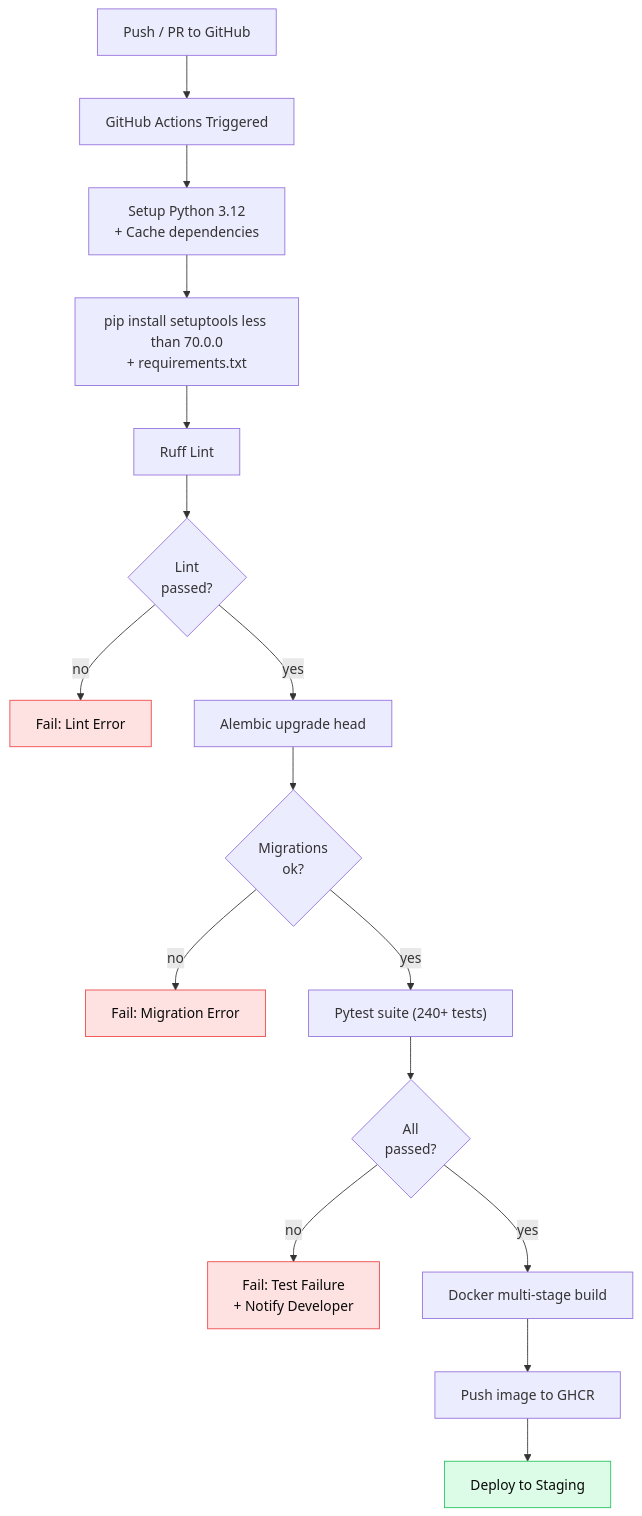
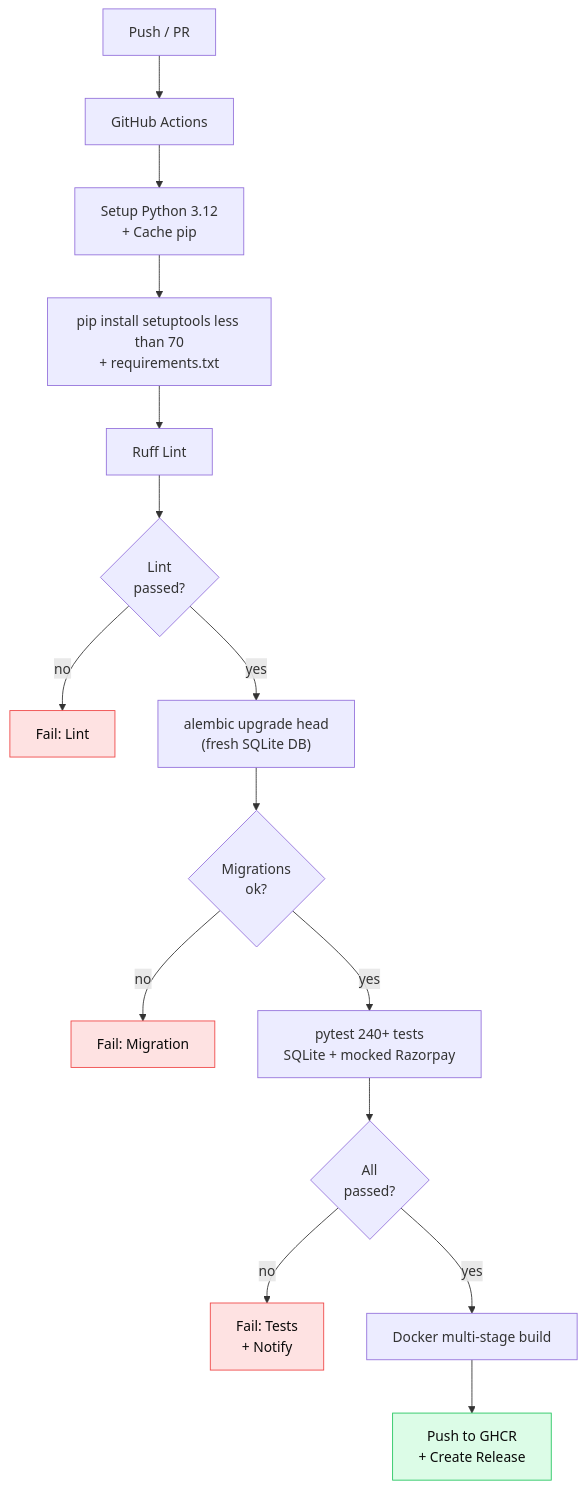
One commit to simply-mihir/AgentSetu changed diagram 11 of 11 in README.md. Above: the diagram before and after it, drawn with Mermaid. The commit also changed other lines of this file and 1 other file, not shown here.

````diff
--- a/README.md
+++ b/README.md
@@ -606,28 +863,22 @@
 ```mermaid
 flowchart TD
-    Push["Push / PR to GitHub"] --> GHA["GitHub Actions Triggered"]
+    Push["Push / PR"] --> GHA["GitHub Actions"]
+    GHA --> Setup["Setup Python 3.12\n+ Cache pip"]
+    Setup --> Deps["pip install setuptools less than 70\n+ requirements.txt"]
+    Deps --> Lint["Ruff Lint"]
+    Lint --> LintOk{"Lint\npassed?"}
+    LintOk -- no --> F1["Fail: Lint"]
+    LintOk -- yes --> Migrate["alembic upgrade head\n(fresh SQLite DB)"]
+    Migrate --> MigOk{"Migrations\nok?"}
+    MigOk -- no --> F2["Fail: Migration"]
+    MigOk -- yes --> Tests["pytest 240+ tests\nSQLite + mocked Razorpay"]
+    Tests --> TestOk{"All\npassed?"}
+    TestOk -- no --> F3["Fail: Tests\n+ Notify"]
+    TestOk -- yes --> Docker["Docker multi-stage build"]
+    Docker --> Release["Push to GHCR\n+ Create Release"]
 
-    GHA --> Setup["Setup Python 3.12\n+ Cache dependencies"]
-    Setup --> Install["pip install setuptools less than 70.0.0\n+ requirements.txt"]
-    Install --> Lint["Ruff Lint"]
-
-    Lint --> LintOk{Lint\npassed?}
-    LintOk -- no --> Fail1["Fail: Lint Error"]
-    LintOk -- yes --> Migrate["Alembic upgrade head"]
-
-    Migrate --> MigOk{Migrations\nok?}
-    MigOk -- no --> Fail2["Fail: Migration Error"]
-    MigOk -- yes --> Tests["Pytest suite (240+ tests)"]
-
-    Tests --> TestOk{All\npassed?}
-    TestOk -- no --> Fail3["Fail: Test Failure\n+ Notify Developer"]
-    TestOk -- yes --> Docker["Docker multi-stage build"]
-
-    Docker --> Push2["Push image to GHCR"]
-    Push2 --> Deploy["Deploy to Staging"]
-
-    classDef failNode fill:#fee2e2,stroke:#ef4444,color:#0a0a0a
-    classDef passNode fill:#dcfce7,stroke:#22c55e,color:#0a0a0a
-    class Fail1,Fail2,Fail3 failNode
-    class Deploy passNode
+    classDef fail fill:#fee2e2,stroke:#ef4444,color:#0a0a0a
+    classDef pass fill:#dcfce7,stroke:#22c55e,color:#0a0a0a
+    class F1,F2,F3 fail
+    class Release pass
 ```
````
